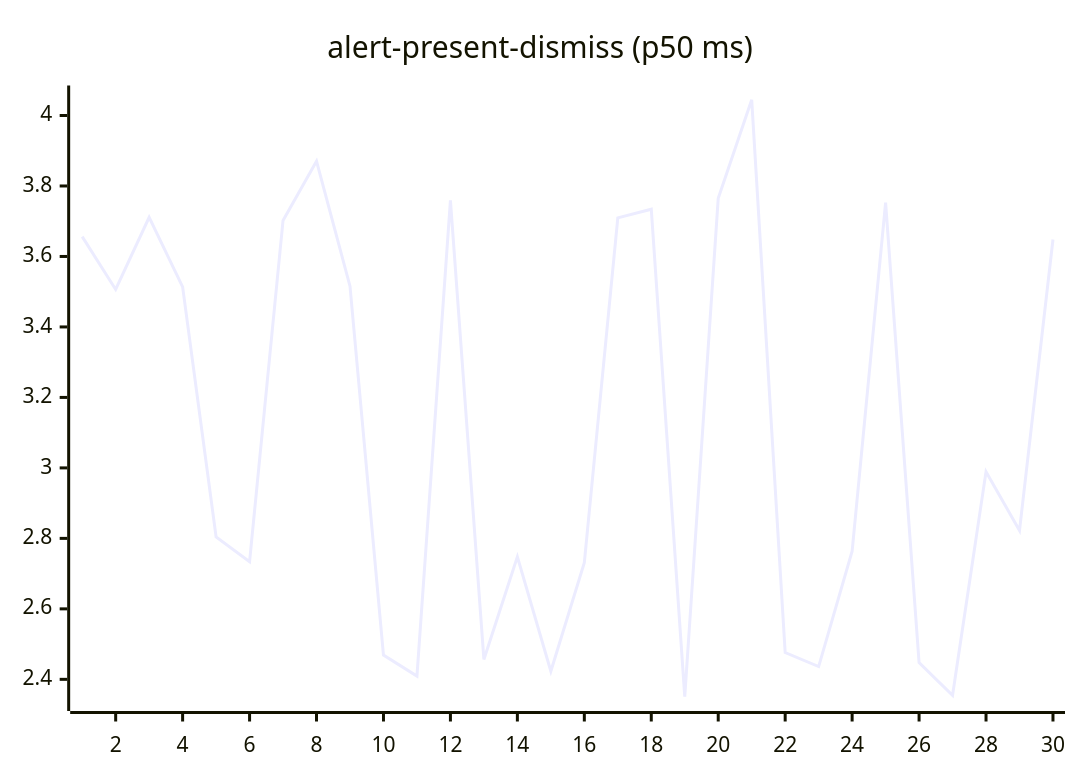
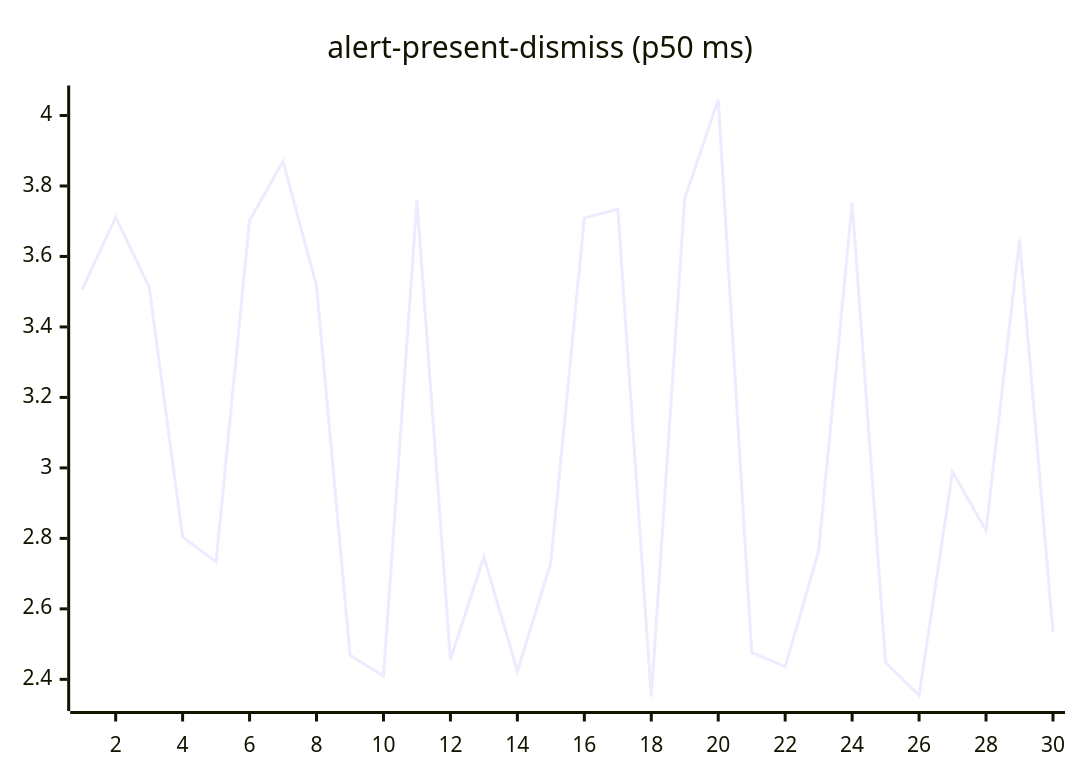
One commit to josha/Facet changed the second of 27 diagrams in README.md. Above: the diagram before and after it, drawn with Mermaid. The commit also changed other lines of this file and 2 other files, not shown here.

````diff
--- a/README.md
+++ b/README.md
@@ -70,6 +70,6 @@
 ```mermaid
 xychart-beta
     title "alert-present-dismiss (p50 ms)"
     x-axis 1 --> 30
-    line [3.6562, 3.5064, 3.7112, 3.5136, 2.8044, 2.7337, 3.7022, 3.8703, 3.5157, 2.4688, 2.4093, 3.7592, 2.4564, 2.7475, 2.4232, 2.7312, 3.7096, 3.7340, 2.3506, 3.7650, 4.0447, 2.4759, 2.4363, 2.7635, 3.7527, 2.4474, 2.3546, 2.9892, 2.8222, 3.6482]
+    line [3.5064, 3.7112, 3.5136, 2.8044, 2.7337, 3.7022, 3.8703, 3.5157, 2.4688, 2.4093, 3.7592, 2.4564, 2.7475, 2.4232, 2.7312, 3.7096, 3.7340, 2.3506, 3.7650, 4.0447, 2.4759, 2.4363, 2.7635, 3.7527, 2.4474, 2.3546, 2.9892, 2.8222, 3.6482, 2.5337]
 ```
````
